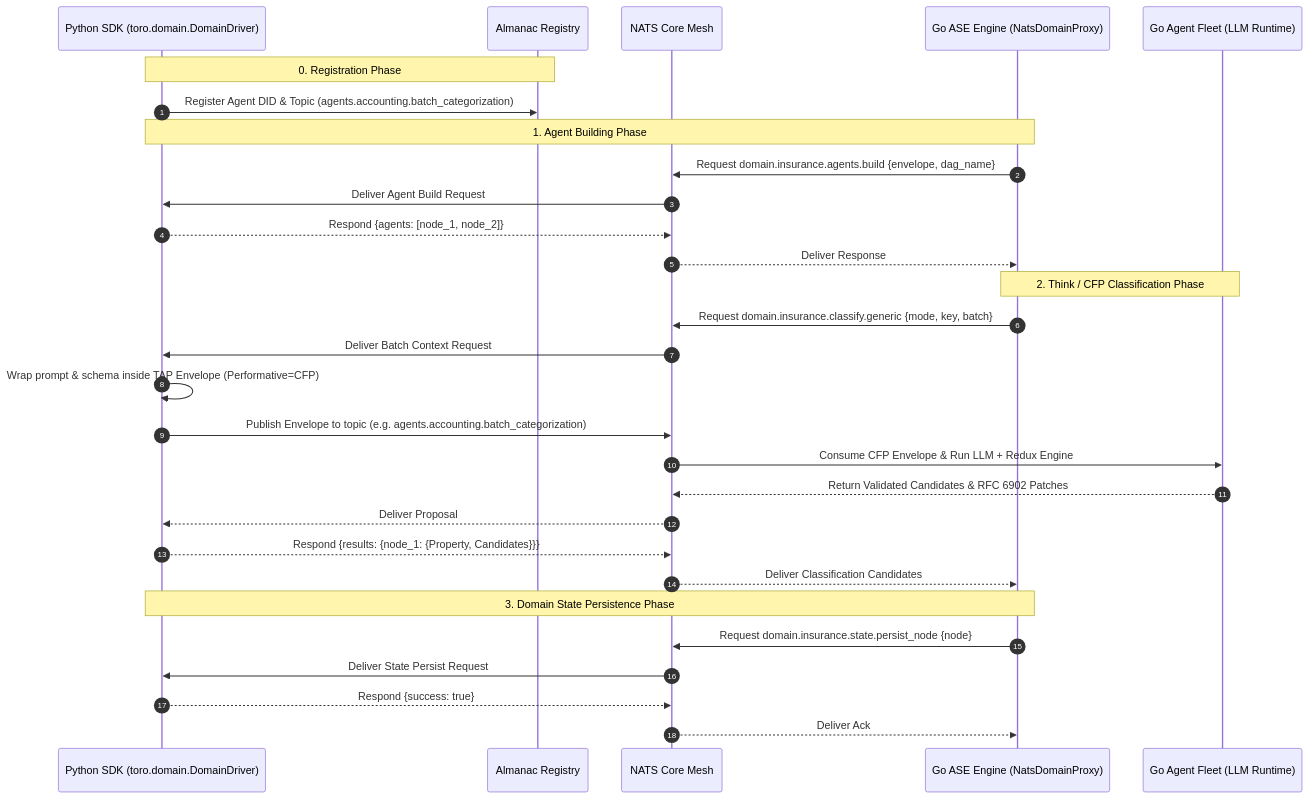
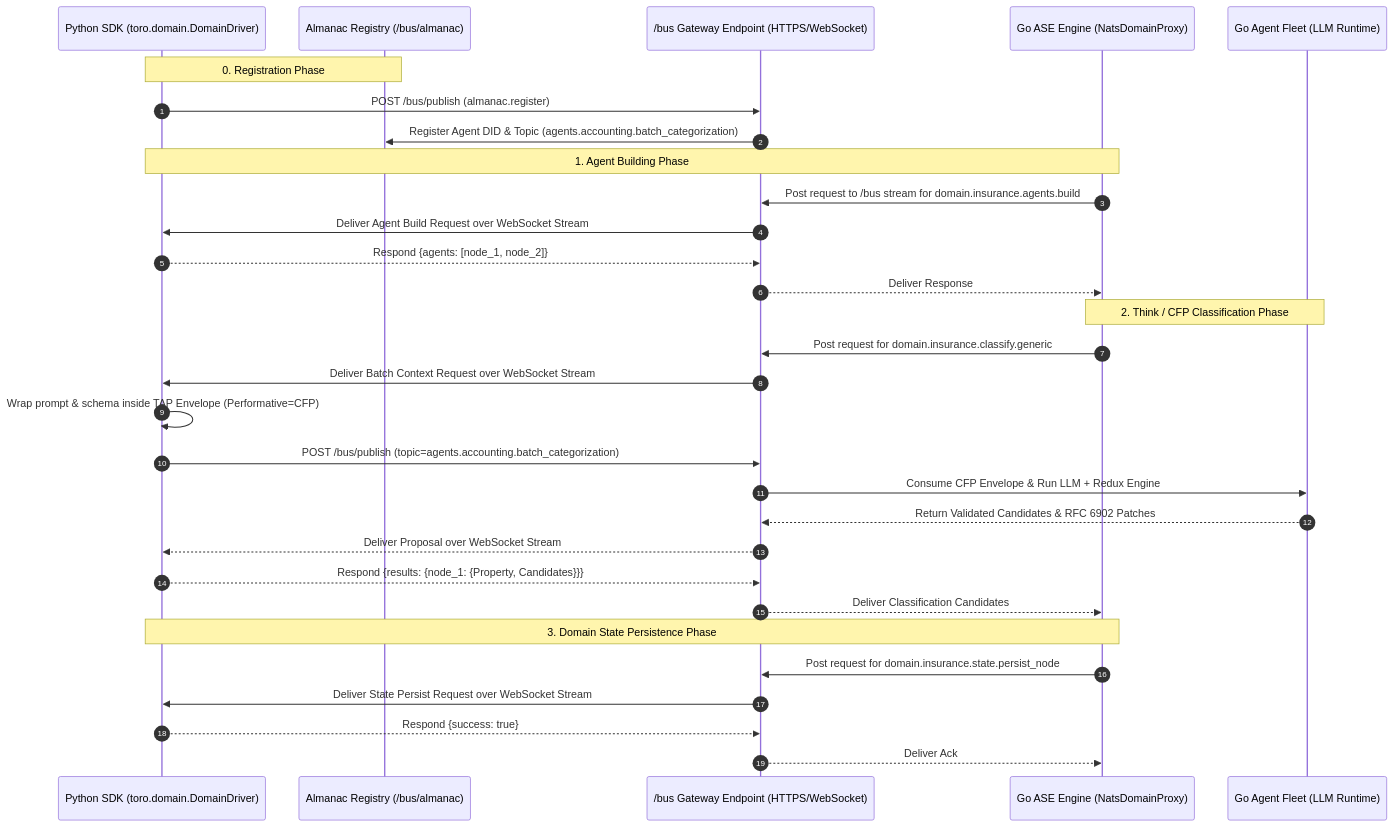
One commit to Yankzy/usetoro changed the first of 2 diagrams in docs/prds/python_sdk.md. Above: the diagram before and after it, drawn with Mermaid. The commit also changed other lines of this file, not shown here.

Commit message:
docs(prd): rewrite Python SDK PRD to communicate exclusively via /bus HTTP/WebSocket endpoint with zero NATS client dependencies

````diff
--- a/docs/prds/python_sdk.md
+++ b/docs/prds/python_sdk.md
@@ -316,35 +327,36 @@
 ```mermaid
 sequenceDiagram
     autonumber
     participant PyDriver as Python SDK (toro.domain.DomainDriver)
-    participant Almanac as Almanac Registry
-    participant NATS as NATS Core Mesh
+    participant Almanac as Almanac Registry (/bus/almanac)
+    participant BusGW as /bus Gateway Endpoint (HTTPS/WebSocket)
     participant GoASE as Go ASE Engine (NatsDomainProxy)
     participant GoFleet as Go Agent Fleet (LLM Runtime)
 
     Note over PyDriver, Almanac: 0. Registration Phase
-    PyDriver->>Almanac: Register Agent DID & Topic (agents.accounting.batch_categorization)
+    PyDriver->>BusGW: POST /bus/publish (almanac.register)
+    BusGW->>Almanac: Register Agent DID & Topic (agents.accounting.batch_categorization)
 
     Note over GoASE, PyDriver: 1. Agent Building Phase
-    GoASE->>NATS: Request domain.insurance.agents.build {envelope, dag_name}
-    NATS->>PyDriver: Deliver Agent Build Request
-    PyDriver-->>NATS: Respond {agents: [node_1, node_2]}
-    NATS-->>GoASE: Deliver Response
+    GoASE->>BusGW: Post request to /bus stream for domain.insurance.agents.build
+    BusGW->>PyDriver: Deliver Agent Build Request over WebSocket Stream
+    PyDriver-->>BusGW: Respond {agents: [node_1, node_2]}
+    BusGW-->>GoASE: Deliver Response
 
     Note over GoASE, GoFleet: 2. Think / CFP Classification Phase
-    GoASE->>NATS: Request domain.insurance.classify.generic {mode, key, batch}
-    NATS->>PyDriver: Deliver Batch Context Request
+    GoASE->>BusGW: Post request for domain.insurance.classify.generic
+    BusGW->>PyDriver: Deliver Batch Context Request over WebSocket Stream
     PyDriver->>PyDriver: Wrap prompt & schema inside TAP Envelope (Performative=CFP)
-    PyDriver->>NATS: Publish Envelope to topic (e.g. agents.accounting.batch_categorization)
-    NATS->>GoFleet: Consume CFP Envelope & Run LLM + Redux Engine
-    GoFleet-->>NATS: Return Validated Candidates & RFC 6902 Patches
-    NATS-->>PyDriver: Deliver Proposal
-    PyDriver-->>NATS: Respond {results: {node_1: {Property, Candidates}}}
-    NATS-->>GoASE: Deliver Classification Candidates
+    PyDriver->>BusGW: POST /bus/publish (topic=agents.accounting.batch_categorization)
+    BusGW->>GoFleet: Consume CFP Envelope & Run LLM + Redux Engine
+    GoFleet-->>BusGW: Return Validated Candidates & RFC 6902 Patches
+    BusGW-->>PyDriver: Deliver Proposal over WebSocket Stream
+    PyDriver-->>BusGW: Respond {results: {node_1: {Property, Candidates}}}
+    BusGW-->>GoASE: Deliver Classification Candidates
 
     Note over GoASE, PyDriver: 3. Domain State Persistence Phase
-    GoASE->>NATS: Request domain.insurance.state.persist_node {node}
-    NATS->>PyDriver: Deliver State Persist Request
-    PyDriver-->>NATS: Respond {success: true}
-    NATS-->>GoASE: Deliver Ack
+    GoASE->>BusGW: Post request for domain.insurance.state.persist_node
+    BusGW->>PyDriver: Deliver State Persist Request over WebSocket Stream
+    PyDriver-->>BusGW: Respond {success: true}
+    BusGW-->>GoASE: Deliver Ack
 ```
````
